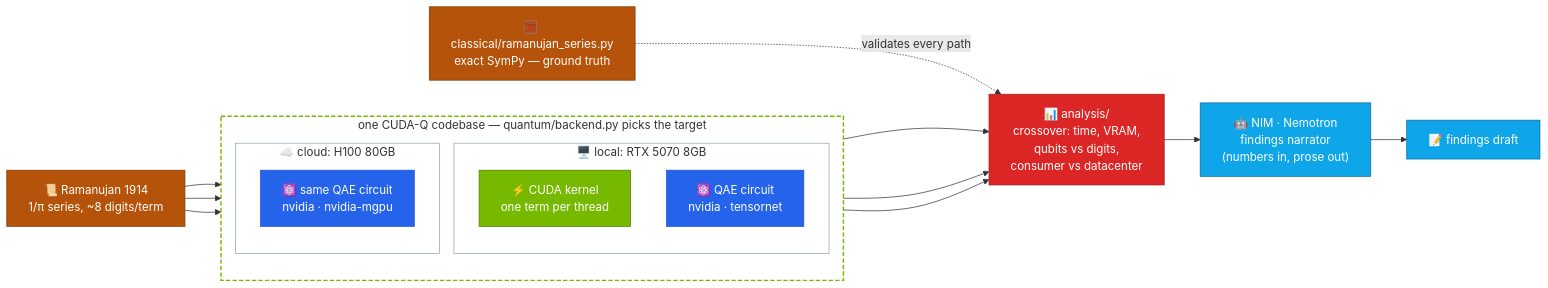
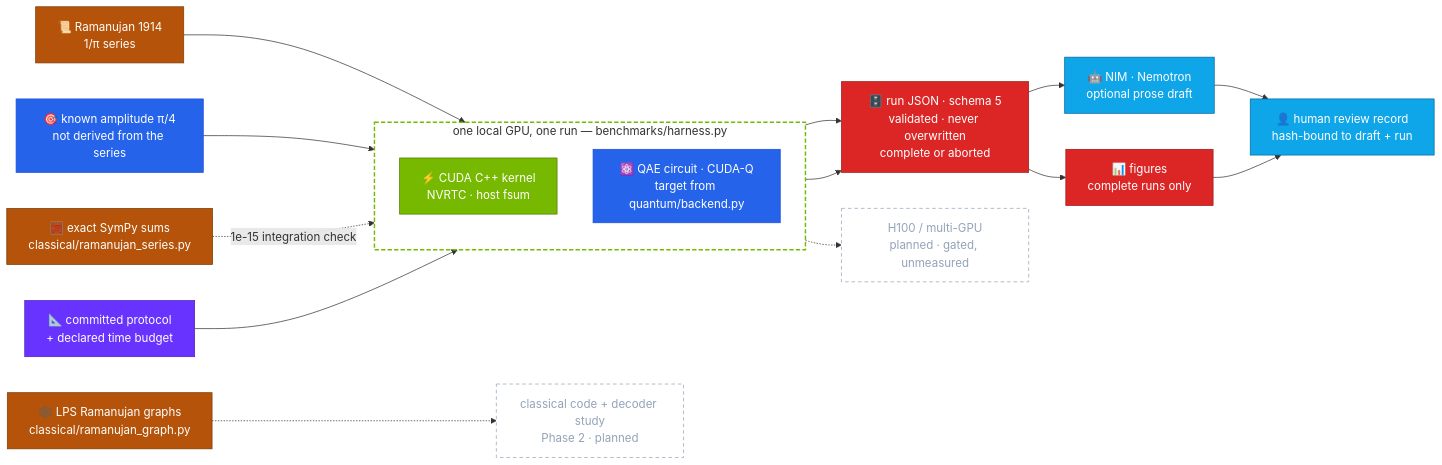
Before and after one commit to iarjunganesh/q1729: the diagram in assets/architecture/pipeline.mmd, drawn with Mermaid. The commit also changed 16 other files, not shown here.

First line of the commit message:
Redraw the architecture diagram and banner from the code and fix doc drift

```diff
--- a/assets/architecture/pipeline.mmd
+++ b/assets/architecture/pipeline.mmd
@@ -1,38 +1,43 @@
 graph LR
     classDef math fill:#B45309,stroke:#7C3D06,color:#fff
     classDef classical fill:#76B900,stroke:#4E7A00,color:#fff
     classDef quantum fill:#2563EB,stroke:#1D4ED8,color:#fff
     classDef backend fill:#6933FF,stroke:#4B21C2,color:#fff
     classDef ai fill:#0EA5E9,stroke:#0369A1,color:#fff
     classDef result fill:#DC2626,stroke:#991B1B,color:#fff
+    classDef planned fill:transparent,stroke:#94A3B8,stroke-dasharray:5 4,color:#94A3B8
 
-    R["📜 Ramanujan 1914<br/>1/π series, ~8 digits/term"]:::math
-    T["🧮 classical/ramanujan_series.py<br/>exact SymPy — ground truth"]:::math
+    R["📜 Ramanujan 1914<br/>1/π series"]:::math
+    T["🧮 exact SymPy sums<br/>classical/ramanujan_series.py"]:::math
+    A["🎯 known amplitude π/4<br/>not derived from the series"]:::quantum
+    P["📐 committed protocol<br/>+ declared time budget"]:::backend
 
-    subgraph silicon["one CUDA-Q codebase — quantum/backend.py picks the target"]
+    subgraph gpu["one local GPU, one run — benchmarks/harness.py"]
         direction TB
-        subgraph local["🖥️ local: RTX 5070 8GB"]
-            K["⚡ CUDA kernel<br/>one term per thread"]:::classical
-            Q1["⚛️ QAE circuit<br/>nvidia · tensornet"]:::quantum
-        end
-        subgraph cloud["☁️ cloud: H100 80GB"]
-            Q2["⚛️ same QAE circuit<br/>nvidia · nvidia-mgpu"]:::quantum
-        end
+        K["⚡ CUDA C++ kernel<br/>NVRTC · host fsum"]:::classical
+        Q["⚛️ QAE circuit · CUDA-Q<br/>target from quantum/backend.py"]:::quantum
     end
 
-    X["📊 analysis/<br/>crossover: time, VRAM,<br/>qubits vs digits,<br/>consumer vs datacenter"]:::result
-    N["🤖 NIM · Nemotron<br/>findings narrator<br/>(numbers in, prose out)"]:::ai
-    D["📝 findings draft"]:::ai
+    J["🗄️ run JSON · schema 5<br/>validated · never overwritten<br/>complete or aborted"]:::result
+    F["📊 figures<br/>complete runs only"]:::result
+    N["🤖 NIM · Nemotron<br/>optional prose draft"]:::ai
+    H["👤 human review record<br/>hash-bound to draft + run"]:::ai
+
+    G["🕸️ LPS Ramanujan graphs<br/>classical/ramanujan_graph.py"]:::math
+    D["classical code + decoder study<br/>Phase 2 · planned"]:::planned
+    C["H100 / multi-GPU<br/>planned · gated, unmeasured"]:::planned
 
     R --> K
-    R --> Q1
-    R --> Q2
-    K --> X
-    Q1 --> X
-    Q2 --> X
-    T -.->|validates every path| X
-    X --> N --> D
+    A --> Q
+    T -.->|1e-15 integration check| K
+    P --> gpu
+    K --> J
+    Q --> J
+    J --> F
+    J --> N
+    N --> H
+    F --> H
+    G -.-> D
+    gpu -.-> C
 
-    style silicon fill:transparent,stroke:#76B900,stroke-width:2px,stroke-dasharray:6 3
-    style local fill:transparent,stroke:#94A3B8,stroke-width:1px
-    style cloud fill:transparent,stroke:#94A3B8,stroke-width:1px
+    style gpu fill:transparent,stroke:#76B900,stroke-width:2px,stroke-dasharray:6 3
```
